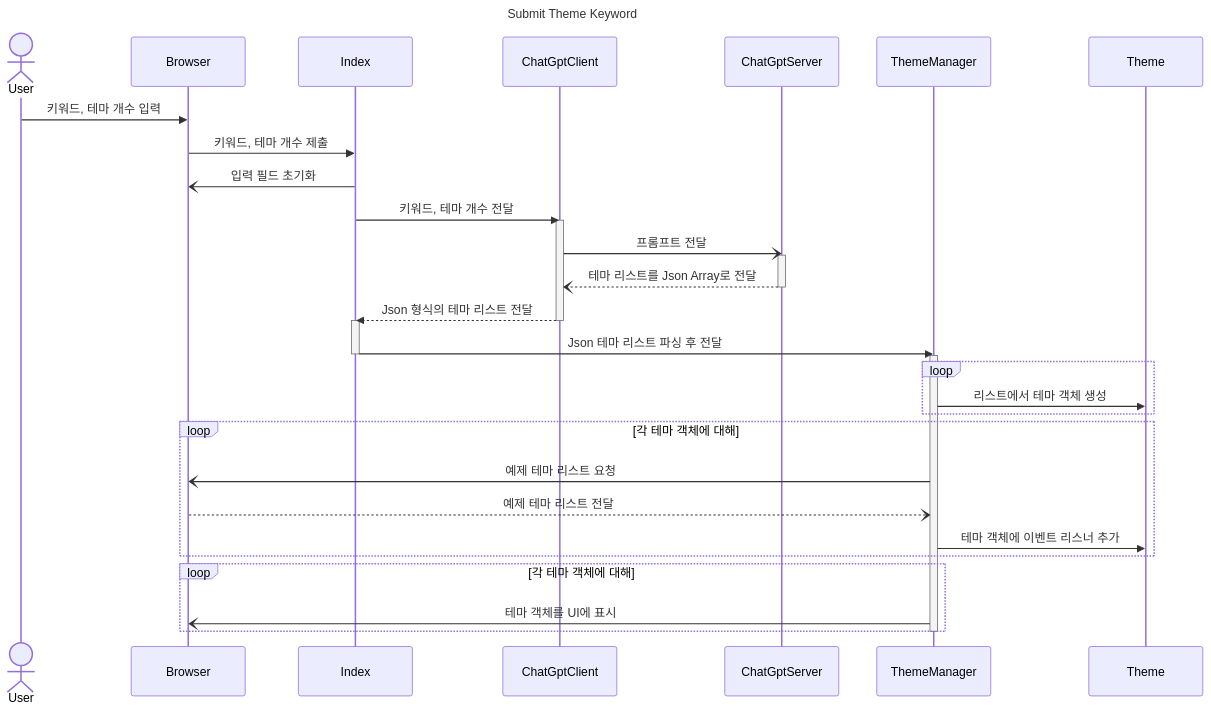
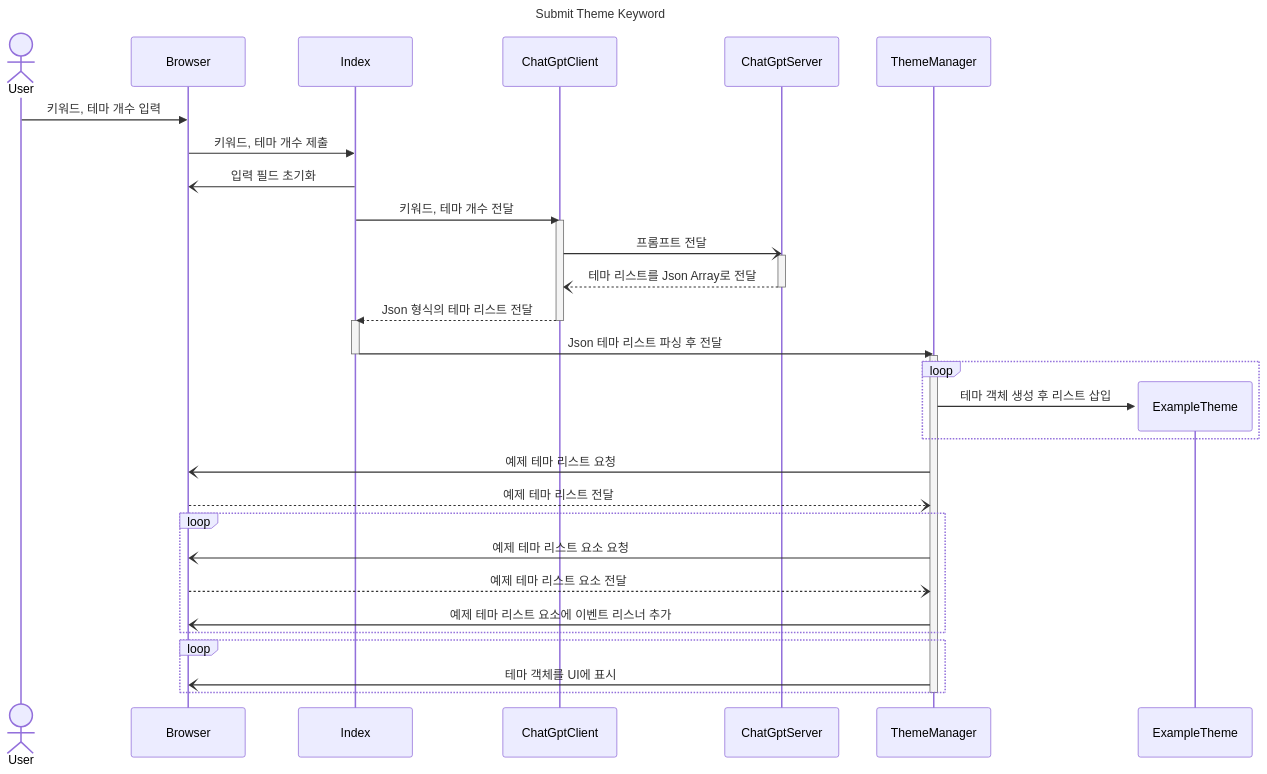
The first of 2 diagrams in docs/sequence diagram.md (ZeyaKim/themeforge), drawn with Mermaid before and after one commit. The commit also changed other lines of this file, not shown here.

Commit message:
📝 update sequence diagram

````diff
--- a/docs/sequence diagram.md
+++ b/docs/sequence diagram.md
@@ -3,41 +3,43 @@
 ```mermaid
 ---
 title: Submit Theme Keyword
 ---
 sequenceDiagram
     actor User
     participant Browser
     participant Index
     participant ChatGptClient
     participant ChatGptServer
     participant ThemeManager
 
     User->>Browser: 키워드, 테마 개수 입력
     Browser->>Index: 키워드, 테마 개수 제출
     Index-)Browser: 입력 필드 초기화
     Index->>ChatGptClient: 키워드, 테마 개수 전달
     activate ChatGptClient
     ChatGptClient-)ChatGptServer: 프롬프트 전달
     activate ChatGptServer
     ChatGptServer--)ChatGptClient: 테마 리스트를 Json Array로 전달
     deactivate ChatGptServer
     ChatGptClient-->>Index: Json 형식의 테마 리스트 전달
     deactivate ChatGptClient
     activate Index
     Index->>ThemeManager: Json 테마 리스트 파싱 후 전달
     deactivate Index
     activate ThemeManager
     loop
-        ThemeManager->>Theme: 리스트에서 테마 객체 생성
+        create participant ExampleTheme
+        ThemeManager->>ExampleTheme: 테마 객체 생성 후 리스트 삽입
     end
-    loop 각 테마 객체에 대해
         ThemeManager-)Browser: 예제 테마 리스트 요청
         Browser--)ThemeManager: 예제 테마 리스트 전달
-        ThemeManager->>Theme: 테마 객체에 이벤트 리스너 추가
+    loop 
+        ThemeManager-)Browser: 예제 테마 리스트 요소 요청
+        Browser--)ThemeManager: 예제 테마 리스트 요소 전달
+        ThemeManager-)Browser: 예제 테마 리스트 요소에 이벤트 리스너 추가
     end
-    loop 각 테마 객체에 대해
-        ThemeManager-)Browser: 테마 객체를 UI에 표시
+    loop
+        ThemeManager-)Browser: 테마 객체를 UI에 표시 
     end
     deactivate ThemeManager
-
 ```
````
